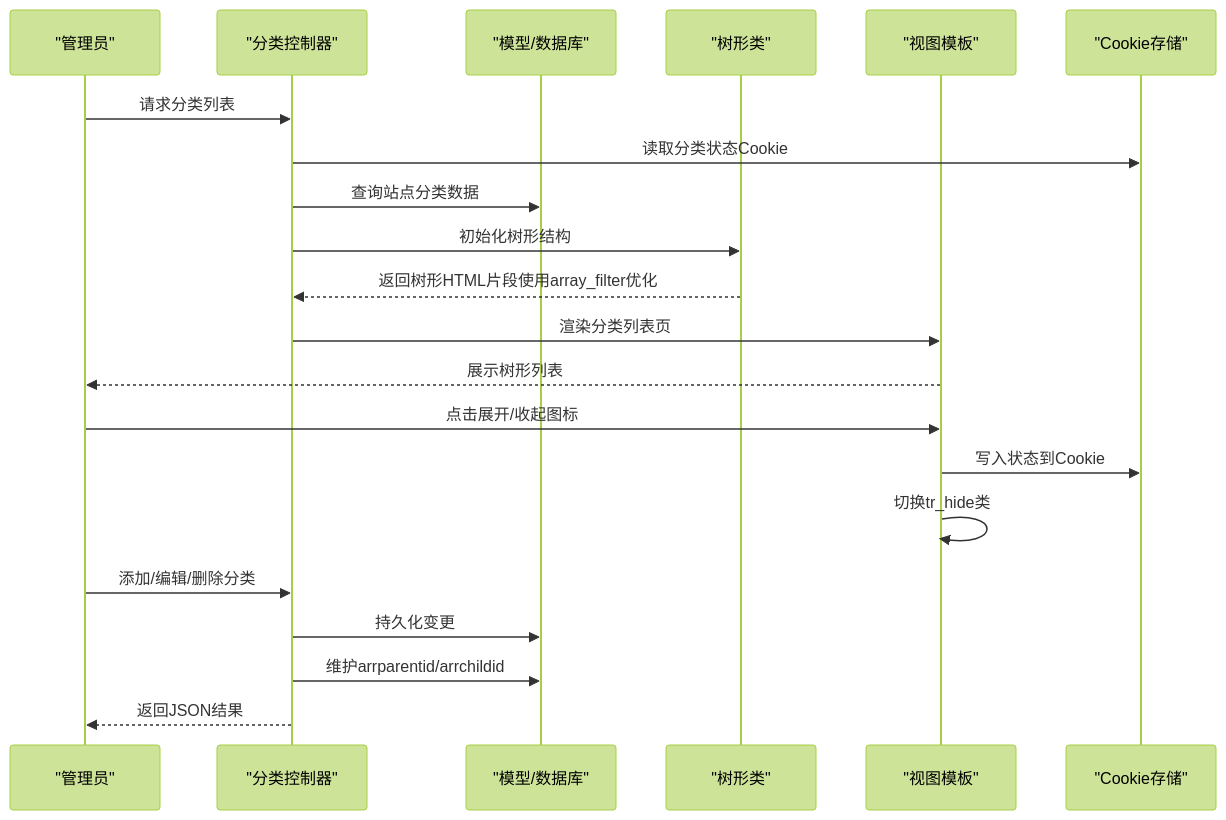
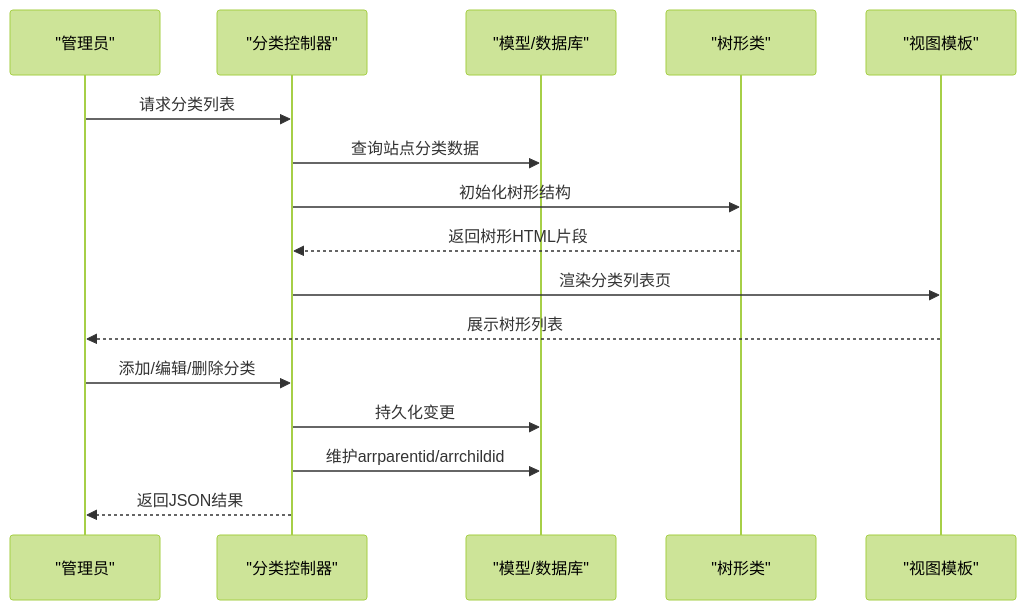
Before and after one commit to lirongyaoper/lryblog.com: the second of 7 diagrams in .qoder/repowiki/zh/content/系统架构/模块化设计/后台管理模块/分类管理.md, drawn with Mermaid (forest theme). The commit also changed other lines of this file and 13 other files, not shown here.

````diff
--- a/.qoder/repowiki/zh/content/系统架构/模块化设计/后台管理模块/分类管理.md
+++ b/.qoder/repowiki/zh/content/系统架构/模块化设计/后台管理模块/分类管理.md
@@ -123,23 +116,18 @@
 ```mermaid
 sequenceDiagram
 participant U as "管理员"
 participant C as "分类控制器"
 participant M as "模型/数据库"
 participant T as "树形类"
 participant V as "视图模板"
-participant CK as "Cookie存储"
 U->>C : 请求分类列表
-C->>CK : 读取分类状态Cookie
 C->>M : 查询站点分类数据
 C->>T : 初始化树形结构
-T-->>C : 返回树形HTML片段使用array_filter优化
+T-->>C : 返回树形HTML片段
 C->>V : 渲染分类列表页
 V-->>U : 展示树形列表
-U->>V : 点击展开/收起图标
-V->>CK : 写入状态到Cookie
-V->>V : 切换tr_hide类
 U->>C : 添加/编辑/删除分类
 C->>M : 持久化变更
 C->>M : 维护arrparentid/arrchildid
 C-->>U : 返回JSON结果
 ```
````
